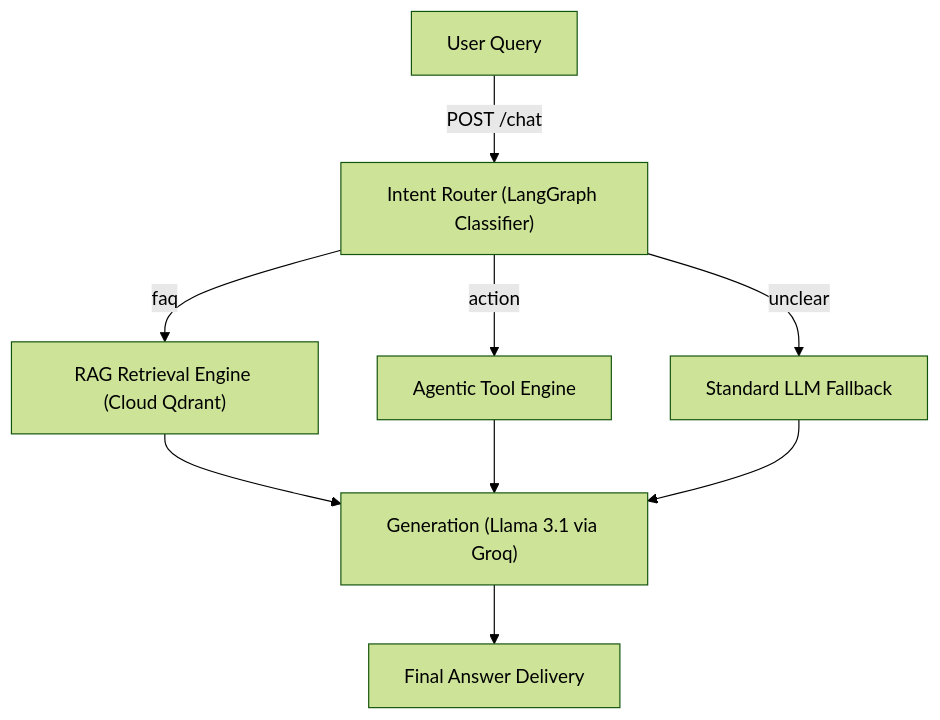
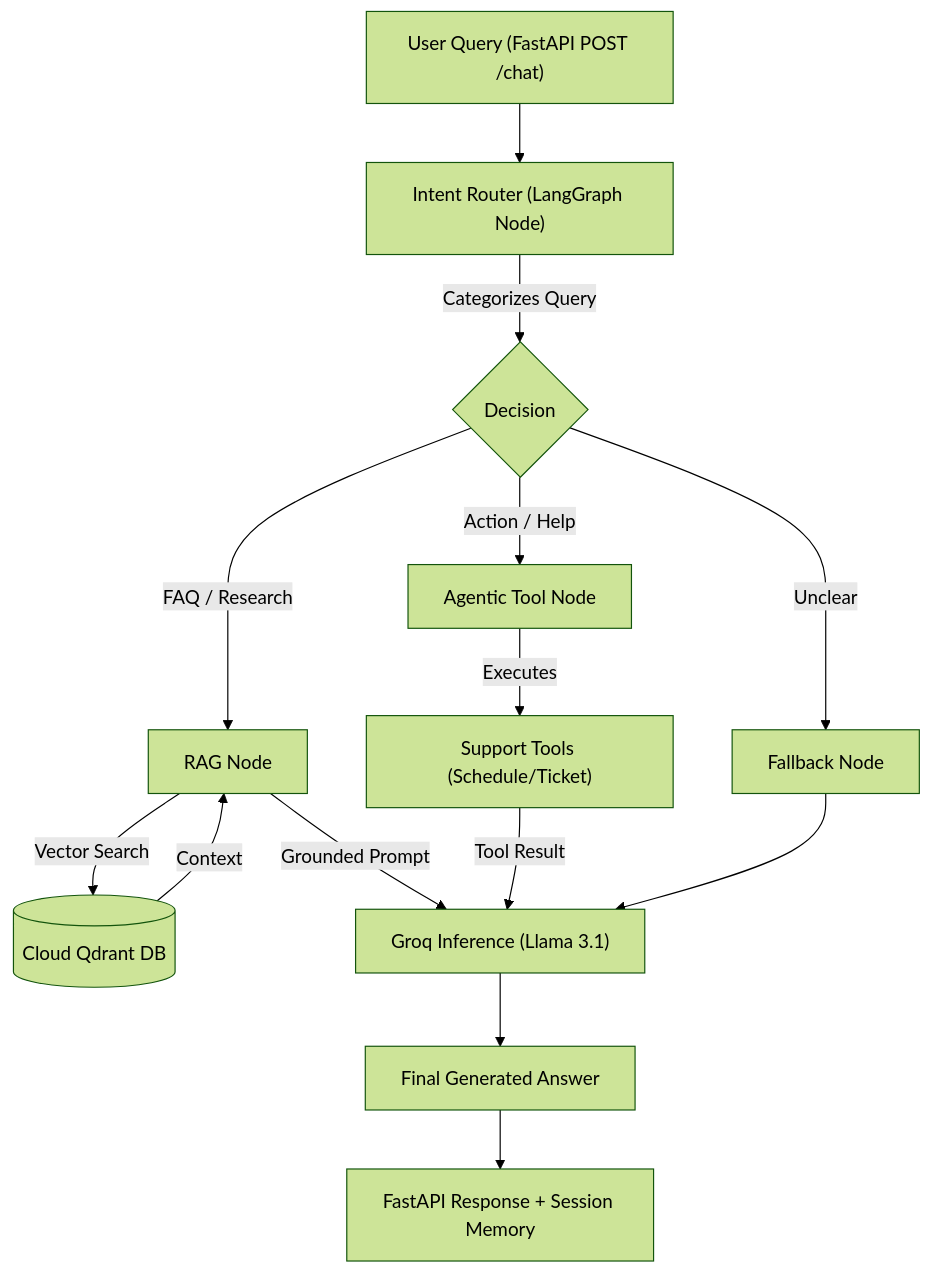
One commit to Sudharsan68/Chatbot-by-langGraph changed the diagram in README.md. Above: the diagram before and after it, drawn with Mermaid (forest theme). The commit also changed other lines of this file, not shown here.

Commit message:
final: refined architecture diagram in README

````diff
--- a/README.md
+++ b/README.md
@@ -21,14 +13,27 @@
 ```mermaid
 graph TD;
-    UserQuery["User Query"] --> |POST /chat| IntentRouter["Intent Router (LangGraph Classifier)"];
+    %% Entry Point
+    UserQuery["User Query (FastAPI POST /chat)"] --> IntentRouter["Intent Router (LangGraph Node)"];
     
-    IntentRouter -->|faq| RAG["RAG Retrieval Engine (Cloud Qdrant)"];
-    IntentRouter -->|action| Agent["Agentic Tool Engine"];
-    IntentRouter -->|unclear| Fallback["Standard LLM Fallback"];
+    %% Decision Branch
+    IntentRouter -- "Categorizes Query" --> Branch{Decision};
     
-    RAG --> Response["Generation (Llama 3.1 via Groq)"];
-    Agent --> Response;
-    Fallback --> Response;
+    %% Knowledge Flow
+    Branch -- "FAQ / Research" --> RAG["RAG Node"];
+    RAG -- "Vector Search" --> Qdrant[("Cloud Qdrant DB")];
+    Qdrant -- "Context" --> RAG;
+    RAG -- "Grounded Prompt" --> Groq["Groq Inference (Llama 3.1)"];
     
-    Response --> UserResponse["Final Answer Delivery"];
+    %% Action Flow
+    Branch -- "Action / Help" --> Agent["Agentic Tool Node"];
+    Agent -- "Executes" --> Tools["Support Tools (Schedule/Ticket)"];
+    Tools -- "Tool Result" --> Groq;
+    
+    %% Fallback Flow
+    Branch -- "Unclear" --> Fallback["Fallback Node"];
+    Fallback --> Groq;
+    
+    %% Final Output
+    Groq --> Response["Final Generated Answer"];
+    Response --> UserResponse["FastAPI Response + Session Memory"];
 ```
````
